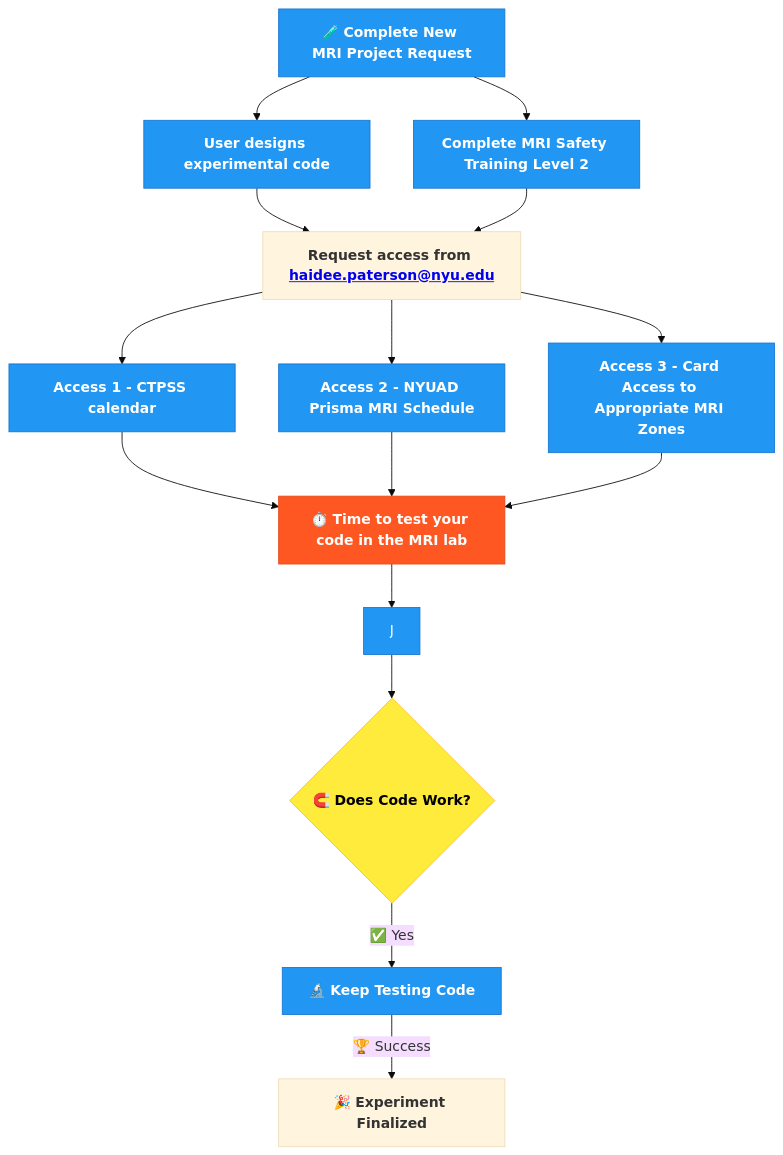
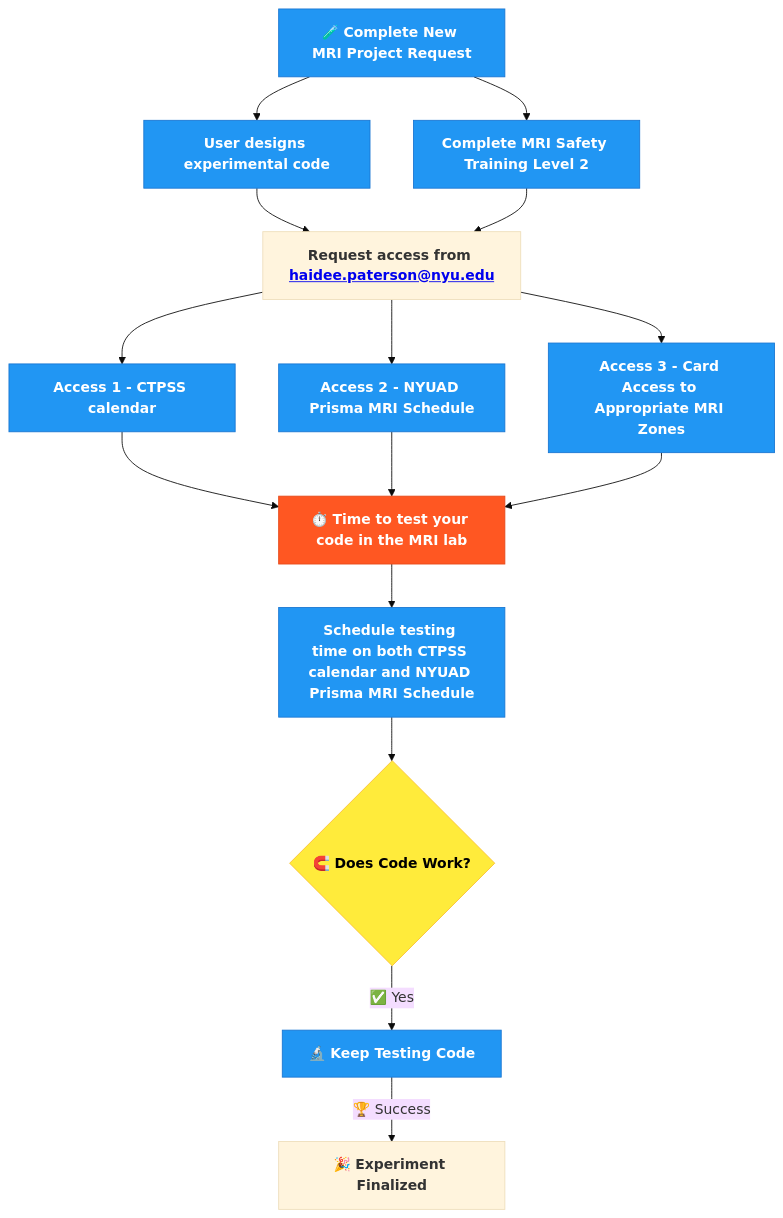
Before and after one commit to BioMedicalImaging-Core-NYUAD/brainimaging-lab-documentation: the diagram in docs/source/1-lab_overview/3-process_diagram.rst, drawn with Mermaid (base theme).

Commit message:
added link

```diff
--- a/docs/source/1-lab_overview/3-process_diagram.rst
+++ b/docs/source/1-lab_overview/3-process_diagram.rst
@@ -5,34 +5,34 @@
 .. mermaid::
 
   graph TD;
     B[🧪 <b>Complete New MRI Project Request</b>];
     B --> C[<b>User designs experimental code</b>];
     B --> D[<b>Complete MRI Safety Training Level 2</b>];
     C --> E[<b>Request access from <a href="mailto:haidee.paterson@nyu.edu">haidee.paterson@nyu.edu</a></b>];
     D --> E;
     E --> F[<b>Access 1 - CTPSS calendar</b>];
     E --> G[<b>Access 2 - NYUAD Prisma MRI Schedule</b>];
     E --> H[<b>Access 3 - Card Access to Appropriate MRI Zones</b>];
     F --> I[⏱️ <b>Time to test your code in the MRI lab</b>];
     G --> I;
     H --> I;
-    I --> J
+    I --> J[<b>Schedule testing time on both CTPSS calendar and NYUAD Prisma MRI Schedule</b>];
     J --> K{🧲️ <b>Does Code Work?</b>};
     K --✅ Yes --> L[🔬 <b>Keep Testing Code</b>];
     L -->|🏆 Success| M[🎉 <b>Experiment Finalized</b>];
 
     %% Clickable Nodes
     click B "https://drive.google.com/file/d/10Py1KSAsktpCjU6c3lLuWLqVL2a5ofee/view?usp=drive_link"
     click D "https://app.imagingu.com/courses/personnel-group-ii-yearly"
     click E "mailto:haidee.paterson@nyu.edu" "Email haidee.paterson@nyu.edu"
     click F "https://corelabs.abudhabi.nyu.edu/"
 
     %% Style Definitions
     classDef success fill:#4CAF50,stroke:#2E7D32,color:#fff;
     classDef decision fill:#FFEB3B,stroke:#FBC02D,color:#000;
     classDef process fill:#2196F3,stroke:#1976D2,color:#fff;
     classDef warning fill:#FF5722,stroke:#E64A19,color:#fff;
 
     class B,C,D,F,G,H,J,L process;
     class I warning;
     class K decision;
```
